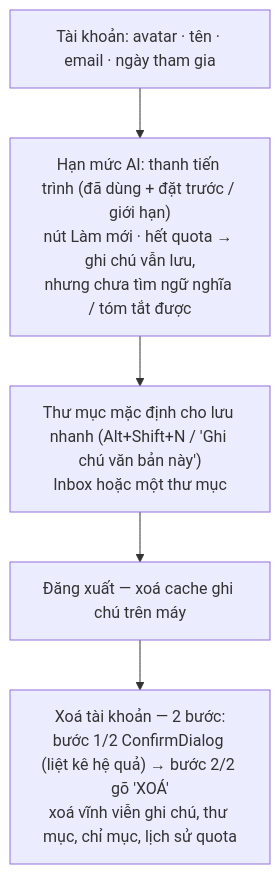
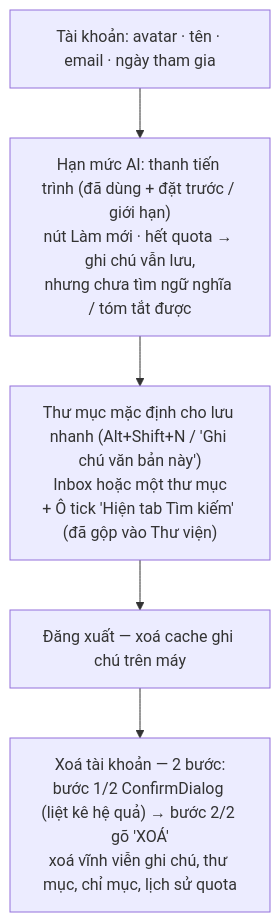
One commit to watashiwalds/quick-assist-ext changed the sixth of 9 diagrams in docs/ux/ui-map.md. Above: the diagram before and after it, drawn with Mermaid. The commit also changed other lines of this file and 13 other files, not shown here.

````diff
--- a/docs/ux/ui-map.md
+++ b/docs/ux/ui-map.md
@@ -102,9 +108,9 @@
 ```mermaid
 flowchart TB
     ACC["Tài khoản: avatar · tên · email · ngày tham gia"]
     QUOTA["Hạn mức AI: thanh tiến trình (đã dùng + đặt trước / giới hạn)<br/>nút Làm mới · hết quota → ghi chú vẫn lưu,<br/>nhưng chưa tìm ngữ nghĩa / tóm tắt được"]
-    PREF["Thư mục mặc định cho lưu nhanh (Alt+Shift+N / 'Ghi chú văn bản này')<br/>Inbox hoặc một thư mục"]
+    PREF["Thư mục mặc định cho lưu nhanh (Alt+Shift+N / 'Ghi chú văn bản này')<br/>Inbox hoặc một thư mục<br/>+ Ô tick 'Hiện tab Tìm kiếm' (đã gộp vào Thư viện)"]
     LOGOUT["Đăng xuất — xoá cache ghi chú trên máy"]
     DEL["Xoá tài khoản — 2 bước:<br/>bước 1/2 ConfirmDialog (liệt kê hệ quả) → bước 2/2 gõ 'XOÁ'<br/>xoá vĩnh viễn ghi chú, thư mục, chỉ mục, lịch sử quota"]
     ACC --> QUOTA --> PREF --> LOGOUT --> DEL
 ```
````
